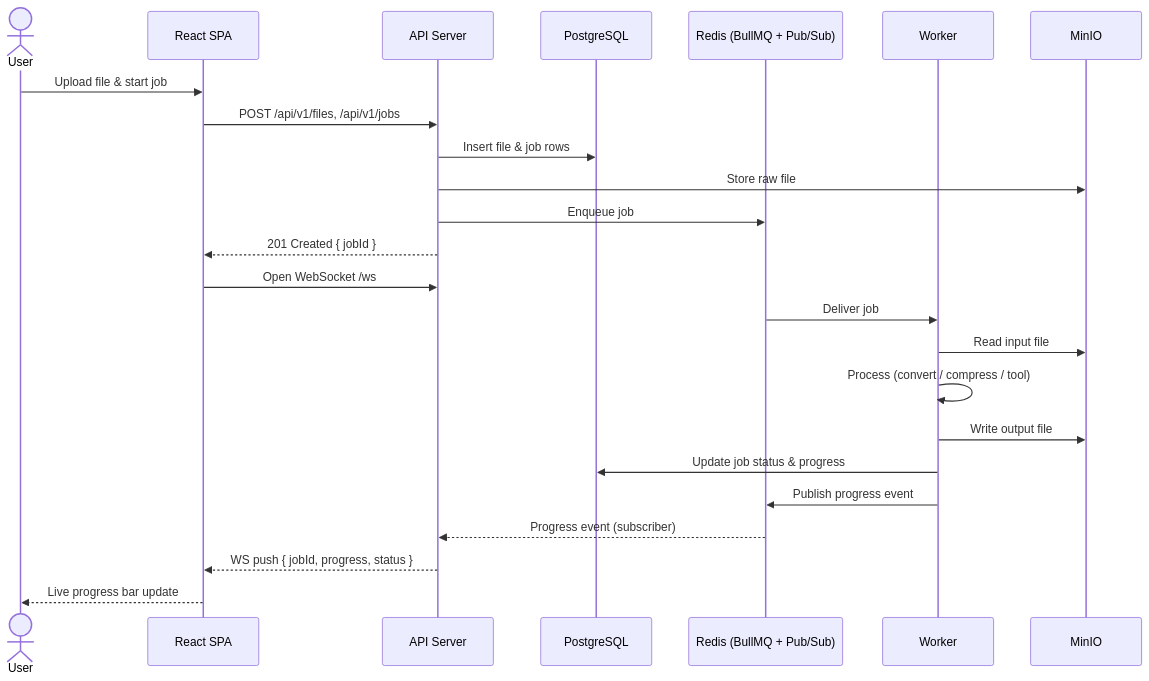
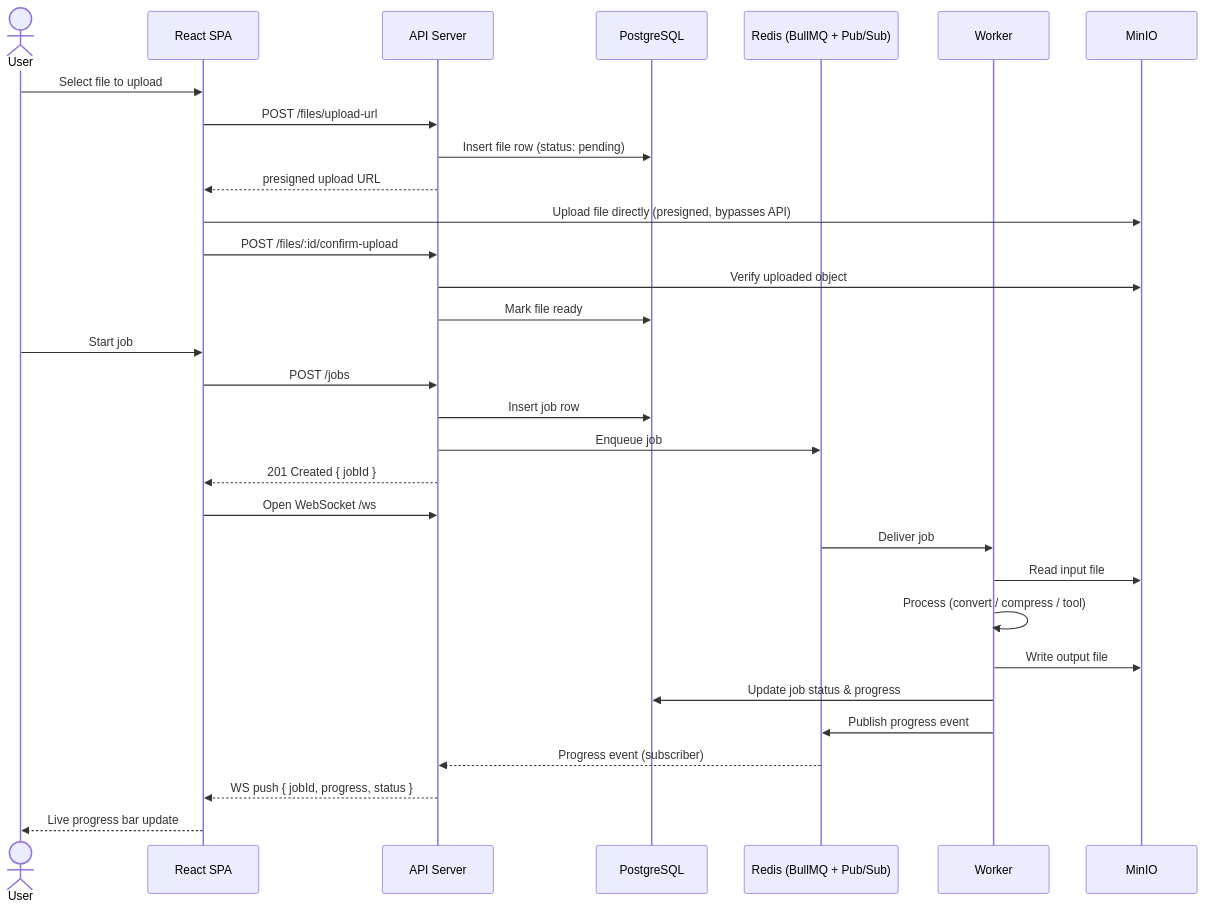
Before and after one commit to vietlvq2609/file-processing-platform: the second of 2 diagrams in README.md, drawn with Mermaid. The commit also changed other lines of this file and 2 other files, not shown here.

Commit message:
feat: update job status terminology and enhance documentation for presigned uploads

````diff
--- a/README.md
+++ b/README.md
@@ -77,27 +80,34 @@
 ```mermaid
 sequenceDiagram
     actor User
     participant Web as React SPA
     participant API as API Server
     participant DB as PostgreSQL
     participant Q as Redis (BullMQ + Pub/Sub)
     participant W as Worker
     participant S as MinIO
 
-    User->>Web: Upload file & start job
-    Web->>API: POST /api/v1/files, /api/v1/jobs
-    API->>DB: Insert file & job rows
-    API->>S: Store raw file
+    User->>Web: Select file to upload
+    Web->>API: POST /files/upload-url
+    API->>DB: Insert file row (status: pending)
+    API-->>Web: presigned upload URL
+    Web->>S: Upload file directly (presigned, bypasses API)
+    Web->>API: POST /files/:id/confirm-upload
+    API->>S: Verify uploaded object
+    API->>DB: Mark file ready
+    User->>Web: Start job
+    Web->>API: POST /jobs
+    API->>DB: Insert job row
     API->>Q: Enqueue job
     API-->>Web: 201 Created { jobId }
     Web->>API: Open WebSocket /ws
     Q->>W: Deliver job
     W->>S: Read input file
     W->>W: Process (convert / compress / tool)
     W->>S: Write output file
     W->>DB: Update job status & progress
     W->>Q: Publish progress event
     Q-->>API: Progress event (subscriber)
     API-->>Web: WS push { jobId, progress, status }
     Web-->>User: Live progress bar update
 ```
````
